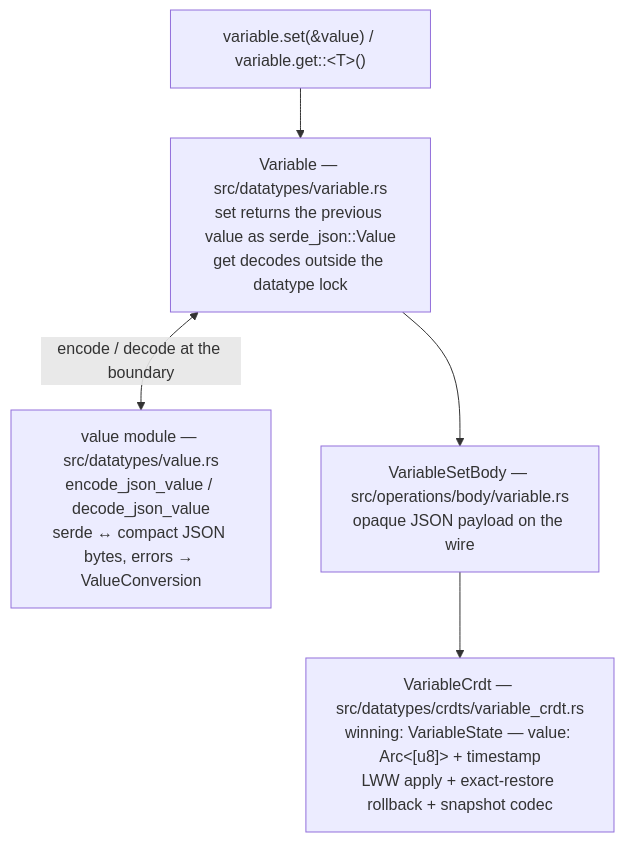
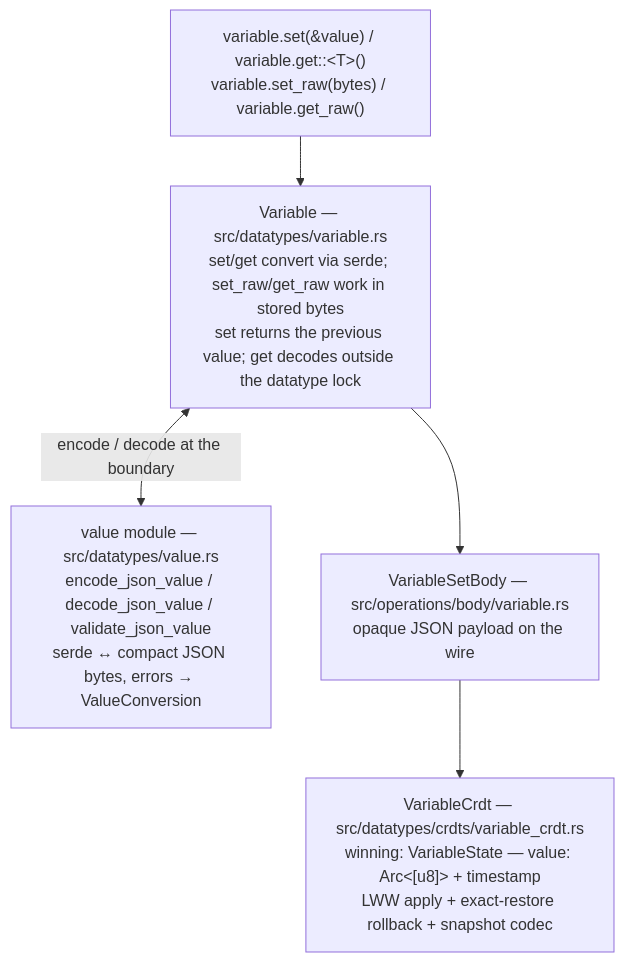
Before and after one commit to qortoo/qortoo-rs: the diagram in docs/variable.md, drawn with Mermaid. The commit also changed other lines of this file and 14 other files, not shown here.

First line of the commit message:
🧬feat(ffi): add the Variable datatype to the C ABI (#52)

````diff
--- a/docs/variable.md
+++ b/docs/variable.md
@@ -11,12 +11,12 @@
 ```mermaid
 flowchart TD
-    User["variable.set(&value) / variable.get::&lt;T&gt;()"]
-    PUB["Variable — src/datatypes/variable.rs\nset returns the previous value as serde_json::Value\nget decodes outside the datatype lock"]
-    VAL["value module — src/datatypes/value.rs\nencode_json_value / decode_json_value\nserde ↔ compact JSON bytes, errors → ValueConversion"]
+    User["variable.set(&value) / variable.get::&lt;T&gt;()\nvariable.set_raw(bytes) / variable.get_raw()"]
+    PUB["Variable — src/datatypes/variable.rs\nset/get convert via serde; set_raw/get_raw work in stored bytes\nset returns the previous value; get decodes outside the datatype lock"]
+    VAL["value module — src/datatypes/value.rs\nencode_json_value / decode_json_value / validate_json_value\nserde ↔ compact JSON bytes, errors → ValueConversion"]
     OP["VariableSetBody — src/operations/body/variable.rs\nopaque JSON payload on the wire"]
     CRDT["VariableCrdt — src/datatypes/crdts/variable_crdt.rs\nwinning: VariableState — value: Arc&lt;[u8]&gt; + timestamp\nLWW apply + exact-restore rollback + snapshot codec"]
 
     User --> PUB
     PUB <-->|encode / decode at the boundary| VAL
     PUB --> OP --> CRDT
 ```
````
